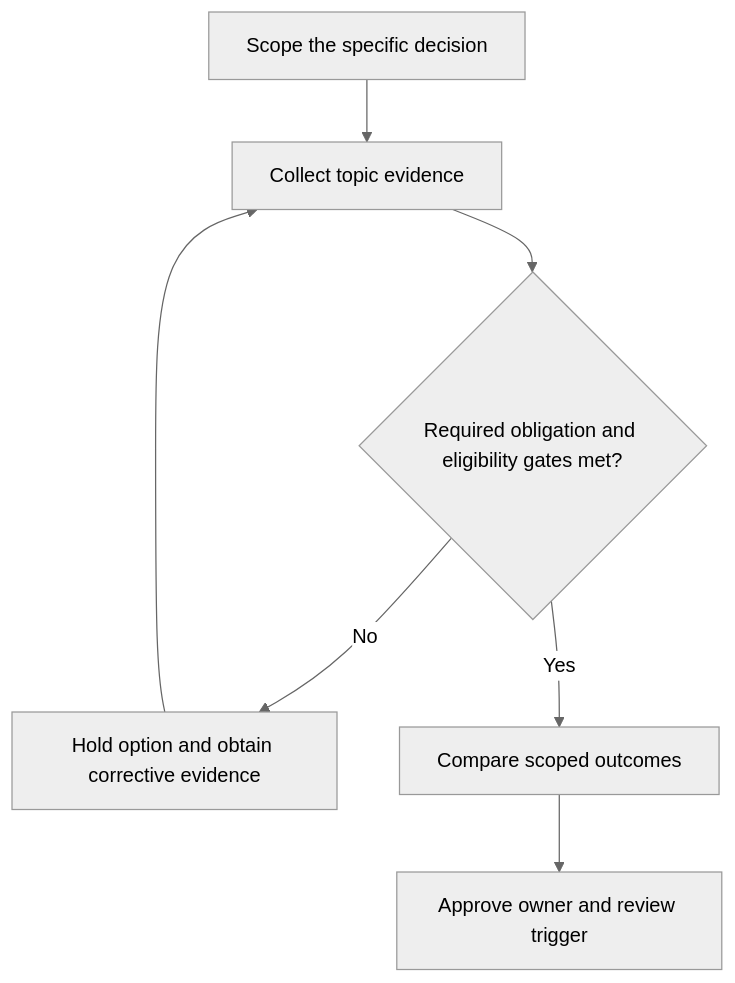
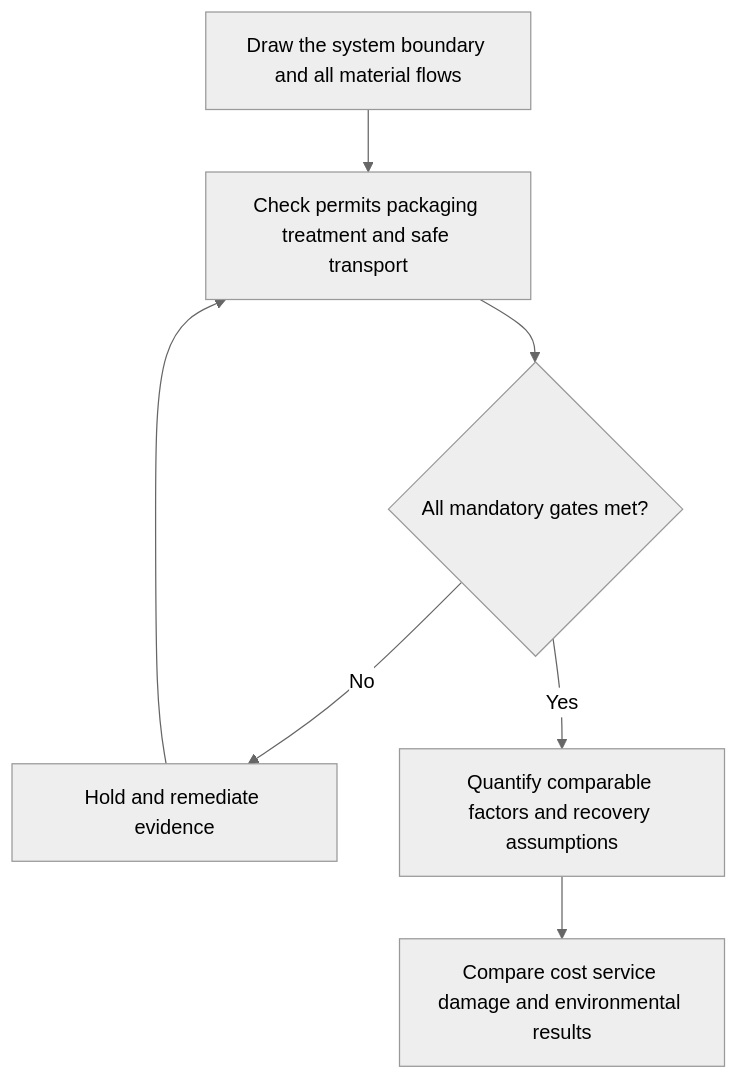
Before and after one commit to theleanx/SupplyChain-Design-Notes: the diagram in 08-optimization-sustainability-technology/section-b-sustainability/03-environmental-footprint-energy-packaging-reverse-flows.md, drawn with Mermaid (neutral theme). The commit also changed other lines of this file and 11 other files, not shown here.

````diff
--- a/08-optimization-sustainability-technology/section-b-sustainability/03-environmental-footprint-energy-packaging-reverse-flows.md
+++ b/08-optimization-sustainability-technology/section-b-sustainability/03-environmental-footprint-energy-packaging-reverse-flows.md
@@ -45,9 +45,9 @@
 ```mermaid
 flowchart TD
-    A[Scope the specific decision] --> B[Collect topic evidence]
-    B --> C{Required obligation and eligibility gates met?}
-    C -- No --> D[Hold option and obtain corrective evidence]
+    A[Draw the system boundary and all material flows] --> B[Check permits packaging treatment and safe transport]
+    B --> C{All mandatory gates met?}
+    C -- No --> D[Hold and remediate evidence]
     D --> B
-    C -- Yes --> E[Compare scoped outcomes]
-    E --> F[Approve owner and review trigger]
+    C -- Yes --> E[Quantify comparable factors and recovery assumptions]
+    E --> F[Compare cost service damage and environmental results]
 ```
````
